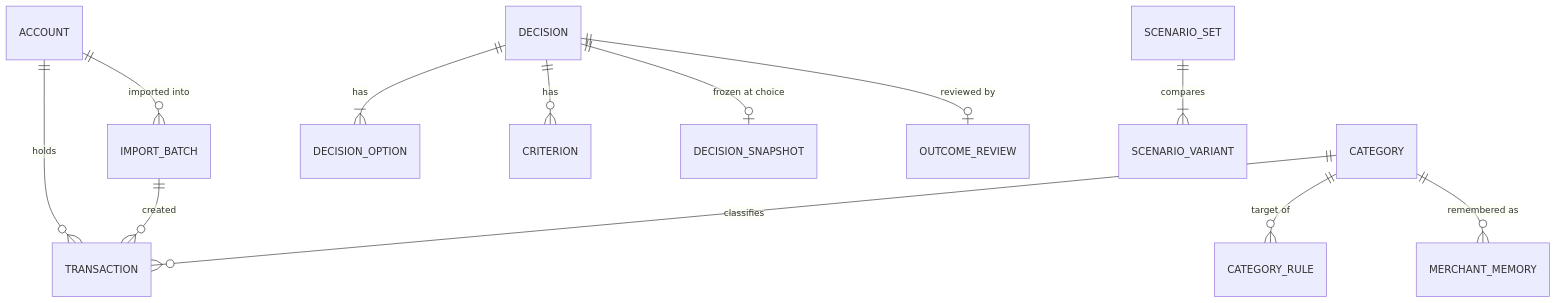
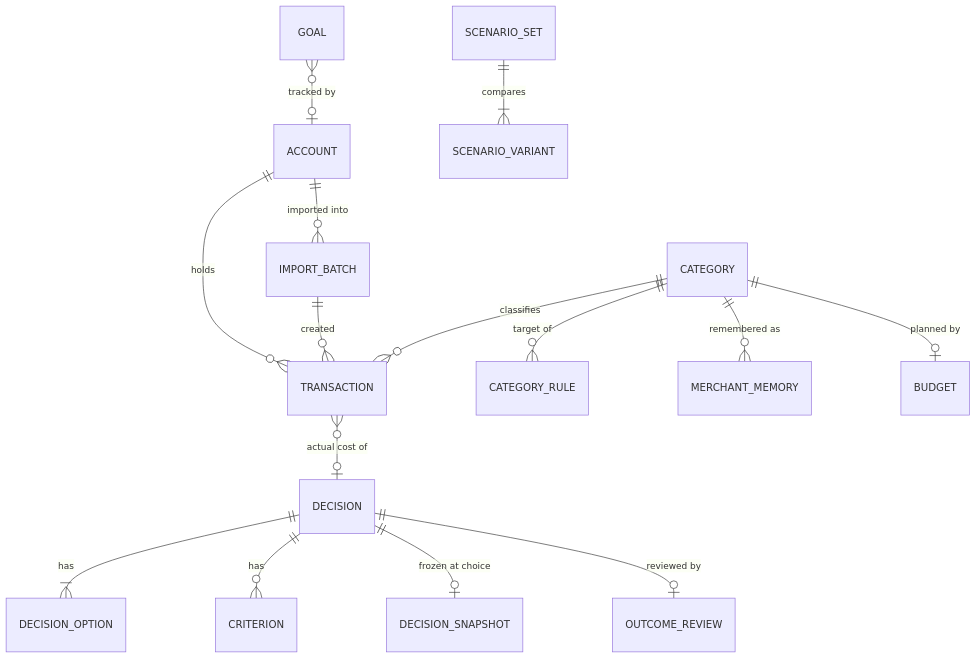
Before and after one commit to geosaurus98/DecisionLab: the diagram in docs/DATA_MODEL.md, drawn with Mermaid. The commit also changed other lines of this file and 16 other files, not shown here.

````diff
--- a/docs/DATA_MODEL.md
+++ b/docs/DATA_MODEL.md
@@ -14,14 +14,17 @@
 ```mermaid
 erDiagram
   ACCOUNT ||--o{ TRANSACTION : holds
   ACCOUNT ||--o{ IMPORT_BATCH : "imported into"
   IMPORT_BATCH ||--o{ TRANSACTION : created
   CATEGORY ||--o{ TRANSACTION : classifies
   CATEGORY ||--o{ CATEGORY_RULE : "target of"
   CATEGORY ||--o{ MERCHANT_MEMORY : "remembered as"
+  CATEGORY ||--o| BUDGET : "planned by"
+  GOAL }o--o| ACCOUNT : "tracked by"
+  TRANSACTION }o--o| DECISION : "actual cost of"
   DECISION ||--|{ DECISION_OPTION : has
   DECISION ||--o{ CRITERION : has
   DECISION ||--o| DECISION_SNAPSHOT : "frozen at choice"
   DECISION ||--o| OUTCOME_REVIEW : "reviewed by"
   SCENARIO_SET ||--|{ SCENARIO_VARIANT : compares
 ```
````
